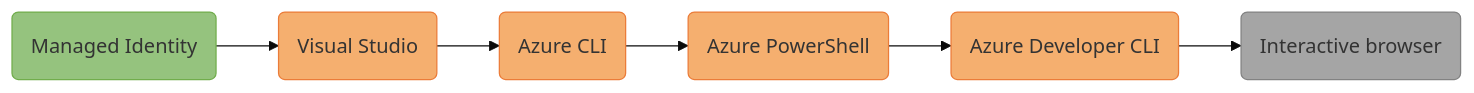
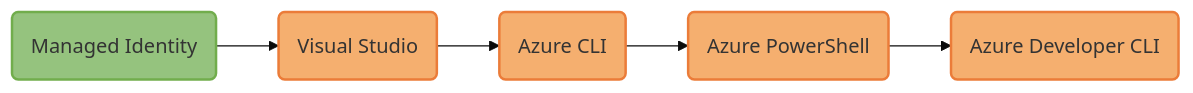
One commit to dotnet/docs changed the diagram in docs/azure/sdk/media/mermaidjs/DefaultAzureCredentialExcludes.md. Above: the diagram before and after it, drawn with Mermaid. The commit also changed 6 other files, not shown here.

Commit message:
Update diagrams

````diff
--- a/docs/azure/sdk/media/mermaidjs/DefaultAzureCredentialExcludes.md
+++ b/docs/azure/sdk/media/mermaidjs/DefaultAzureCredentialExcludes.md
@@ -1,25 +1,24 @@
 ```mermaid
 %% STEPS TO GENERATE IMAGE
 %% =======================
 %% 1. Install mermaid CLI v10.9.1 (see https://github.com/mermaid-js/mermaid-cli/blob/master/README.md):
 %%    npm i -g @mermaid-js/mermaid-cli@10.9.1
 %% 2. Run command: mmdc -i DefaultAzureCredentialExcludes.md -o DefaultAzureCredentialExcludes.svg
 
 %%{
   init: {
     'theme': 'base',
     'themeVariables': {
       'tertiaryBorderColor': '#fff',
       'tertiaryColor': '#fff'
     }
   }
 }%%
 
 flowchart LR;
-    C(Managed Identity):::deployed --> D(Visual Studio):::developer --> E(Azure CLI):::developer --> F(Azure PowerShell):::developer --> G(Azure Developer CLI):::developer --> H(Interactive browser):::interactive;
+    C(Managed Identity):::deployed --> D(Visual Studio):::developer --> E(Azure CLI):::developer --> F(Azure PowerShell):::developer --> G(Azure Developer CLI):::developer;
 
     %% Define styles for credential type boxes
-    classDef deployed fill:#95C37E, stroke:#71AD4C;
-    classDef developer fill:#F5AF6F, stroke:#EB7C39;
-    classDef interactive fill:#A5A5A5, stroke:#828282;
+    classDef deployed fill:#95C37E, stroke:#71AD4C, stroke-width:2px;
+    classDef developer fill:#F5AF6F, stroke:#EB7C39, stroke-width:2px;
 ```
````
